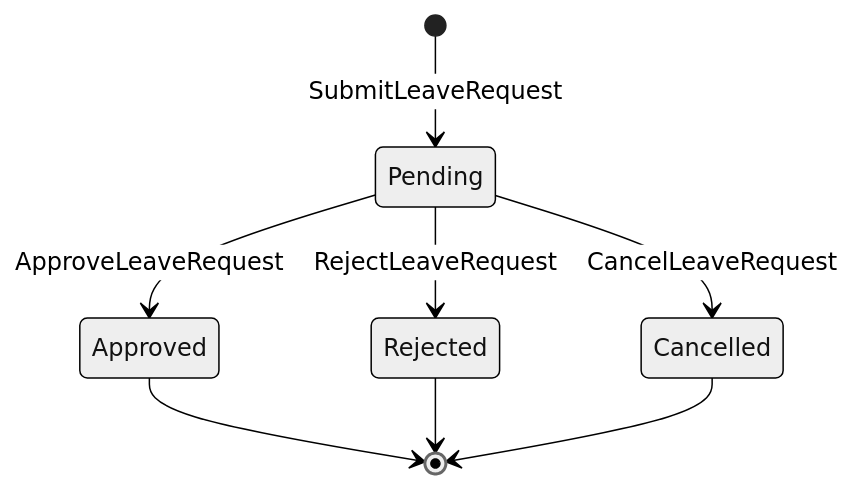
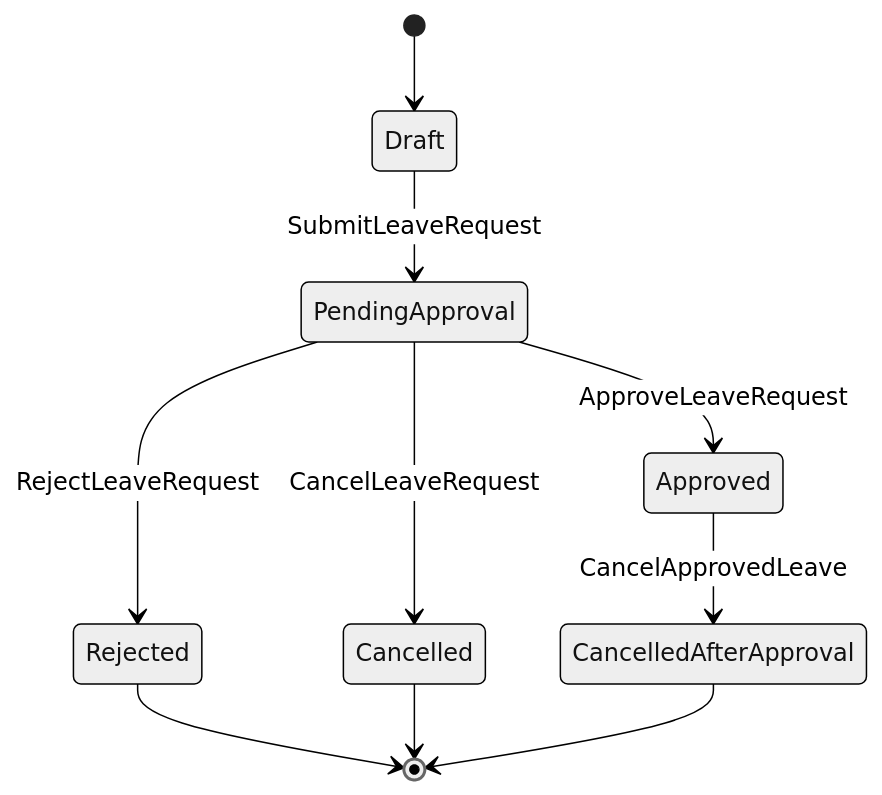
The diagram in docs/02-domain/leave.md (369sup/worksync-hr), drawn with Mermaid (neutral theme) before and after one commit. The commit also changed other lines of this file and 39 other files, not shown here.

Commit message:
docs: strengthen architecture and process docs

````diff
--- a/docs/02-domain/leave.md
+++ b/docs/02-domain/leave.md
@@ -7,10 +20,12 @@
 ```mermaid
 stateDiagram-v2
-  [*] --> Pending: SubmitLeaveRequest
-  Pending --> Approved: ApproveLeaveRequest
-  Pending --> Rejected: RejectLeaveRequest
-  Pending --> Cancelled: CancelLeaveRequest
-  Approved --> [*]
+  [*] --> Draft
+  Draft --> PendingApproval: SubmitLeaveRequest
+  PendingApproval --> Approved: ApproveLeaveRequest
+  PendingApproval --> Rejected: RejectLeaveRequest
+  PendingApproval --> Cancelled: CancelLeaveRequest
+  Approved --> CancelledAfterApproval: CancelApprovedLeave
   Rejected --> [*]
   Cancelled --> [*]
+  CancelledAfterApproval --> [*]
 ```
````
